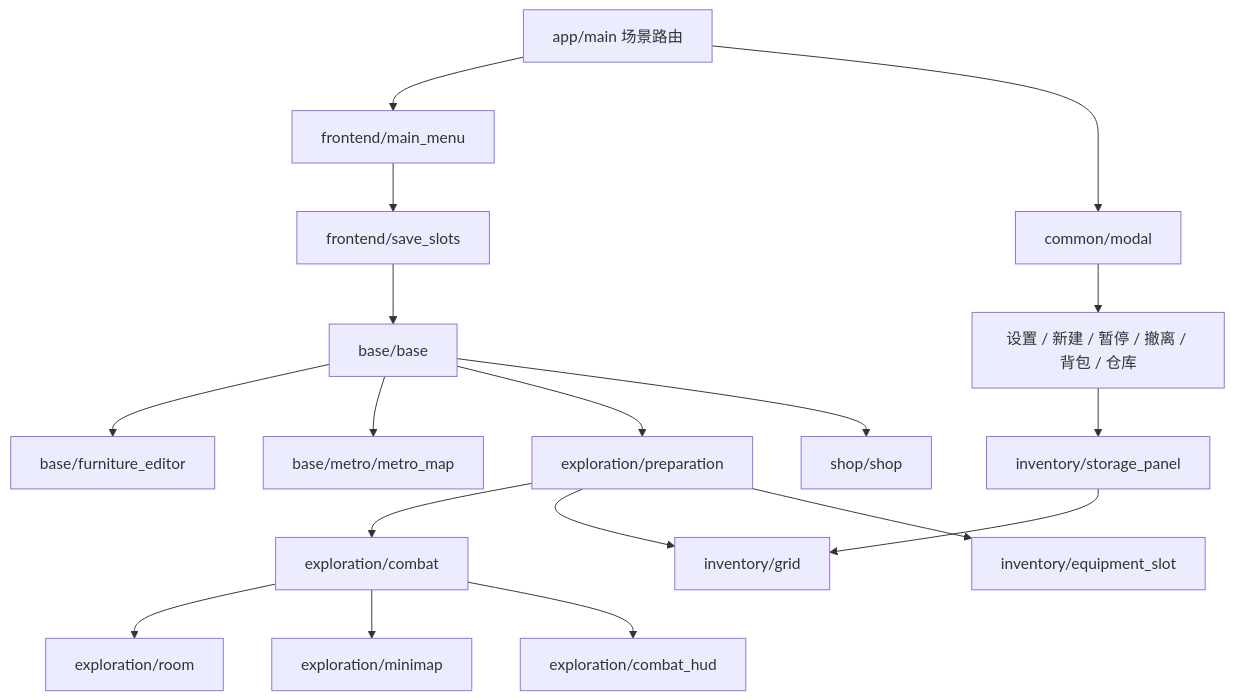
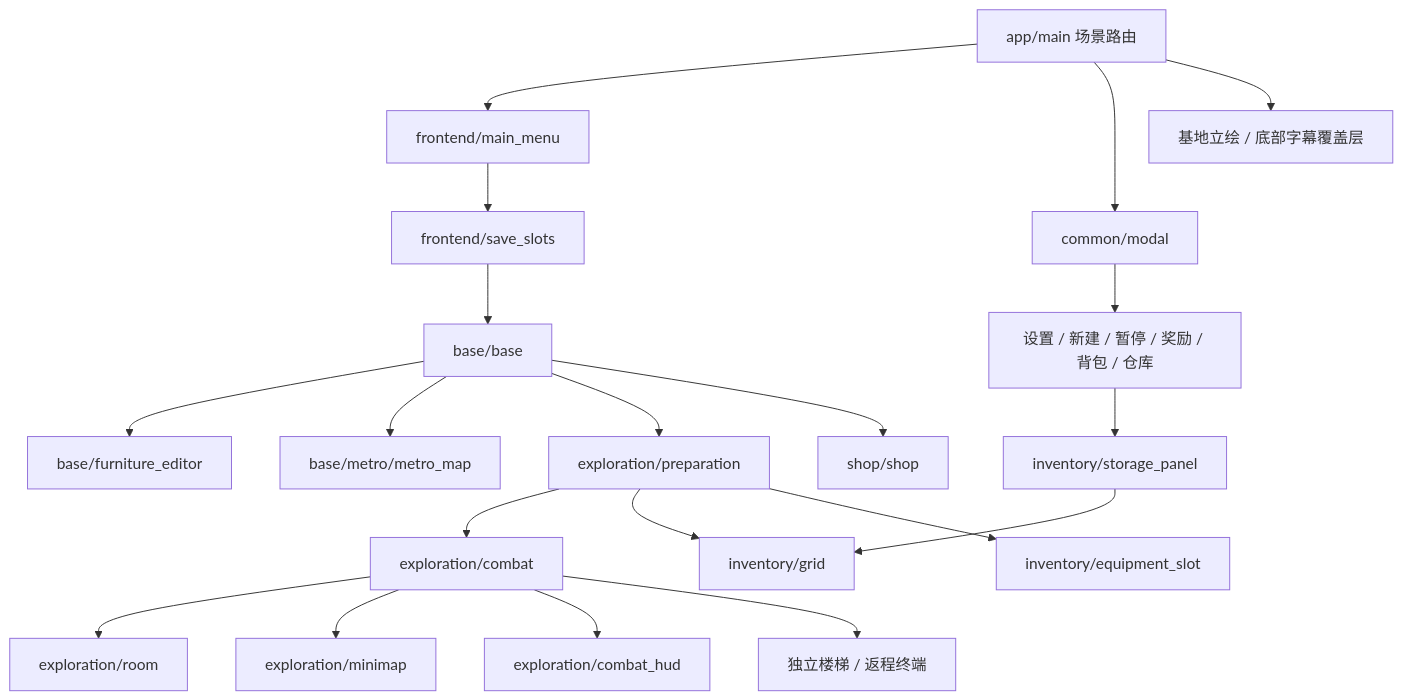
Before and after one commit to BlackAndreDavid/Subway: the diagram in docs/scene-architecture.md, drawn with Mermaid. The commit also changed other lines of this file and 73 other files, not shown here.

````diff
--- a/docs/scene-architecture.md
+++ b/docs/scene-architecture.md
@@ -5,20 +5,22 @@
 ```mermaid
 flowchart TD
     App[app/main 场景路由] --> Menu[frontend/main_menu]
     Menu --> Slots[frontend/save_slots]
     Slots --> Base[base/base]
     Base --> Furniture[base/furniture_editor]
     Base --> Metro[base/metro/metro_map]
     Base --> Prepare[exploration/preparation]
     Base --> Shop[shop/shop]
     Prepare --> Combat[exploration/combat]
     Combat --> Room[exploration/room]
     Combat --> Map[exploration/minimap]
     Combat --> HUD[exploration/combat_hud]
     App --> Modal[common/modal]
-    Modal --> Dialogs[设置 / 新建 / 暂停 / 撤离 / 背包 / 仓库]
+    Combat --> Exits[独立楼梯 / 返程终端]
+    App --> Subtitle[基地立绘 / 底部字幕覆盖层]
+    Modal --> Dialogs[设置 / 新建 / 暂停 / 奖励 / 背包 / 仓库]
     Dialogs --> Storage[inventory/storage_panel]
     Storage --> Grid[inventory/grid]
     Prepare --> Grid
     Prepare --> SlotsUI[inventory/equipment_slot]
 ```
````
